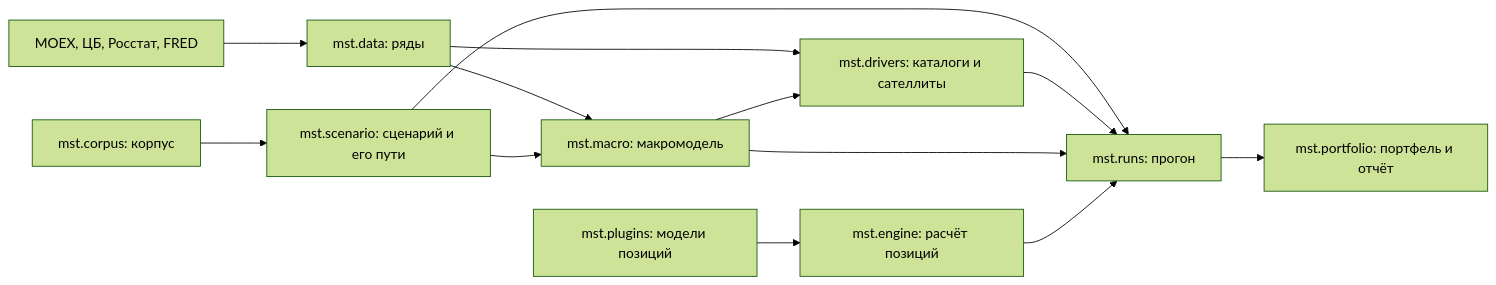
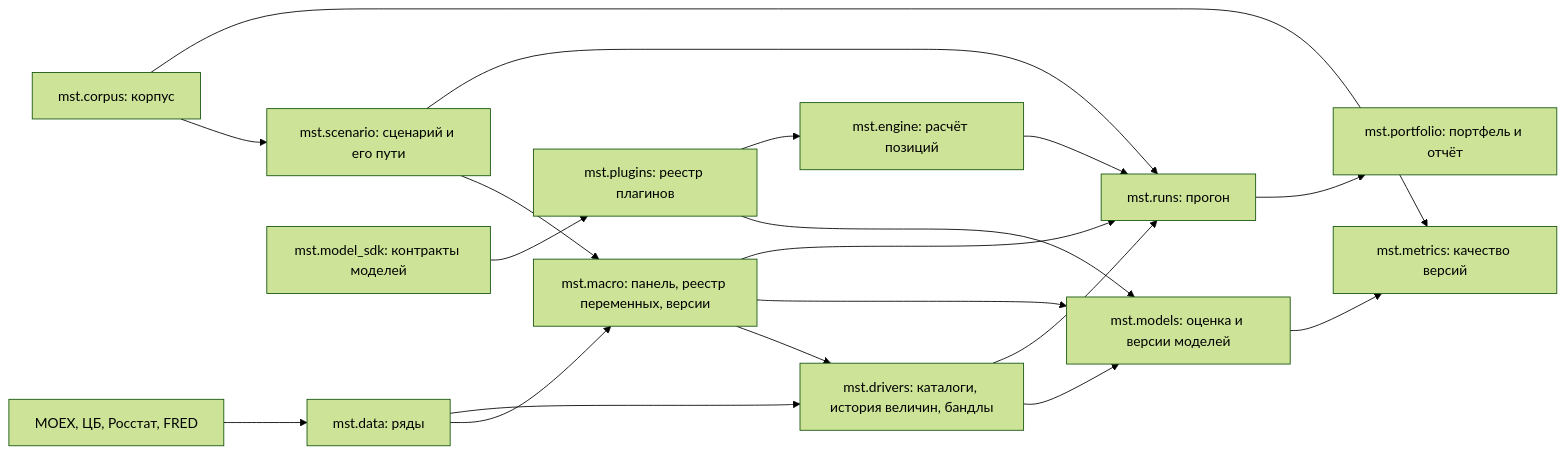
Before and after one commit to LeoLourson/MacroStress-DSH: the diagram in docs/architecture.md, drawn with Mermaid (forest theme). The commit also changed other lines of this file and 25 other files, not shown here.

Commit message:
fix: контракты моделей, провенанс бандла и шаблоны

````diff
--- a/docs/architecture.md
+++ b/docs/architecture.md
@@ -5,15 +5,21 @@
 ```mermaid
 flowchart LR
     src["MOEX, ЦБ, Росстат, FRED"] --> data["mst.data: ряды"]
-    data --> macro["mst.macro: макромодель"]
-    data --> drivers["mst.drivers: каталоги и сателлиты"]
+    data --> macro["mst.macro: панель, реестр переменных, версии"]
+    data --> drivers["mst.drivers: каталоги, история величин, бандлы"]
     macro --> drivers
     corpus["mst.corpus: корпус"] --> scenario["mst.scenario: сценарий и его пути"]
     scenario --> macro
+    model_sdk["mst.model_sdk: контракты моделей"] --> plugins["mst.plugins: реестр плагинов"]
+    plugins --> models["mst.models: оценка и версии моделей"]
+    macro --> models
+    drivers --> models
+    models --> metrics["mst.metrics: качество версий"]
+    corpus --> metrics
+    plugins --> engine["mst.engine: расчёт позиций"]
     scenario --> run["mst.runs: прогон"]
     drivers --> run
     macro --> run
+    engine --> run
     run --> portfolio["mst.portfolio: портфель и отчёт"]
-    engine["mst.engine: расчёт позиций"] --> run
-    plugins["mst.plugins: модели позиций"] --> engine
 ```
````
